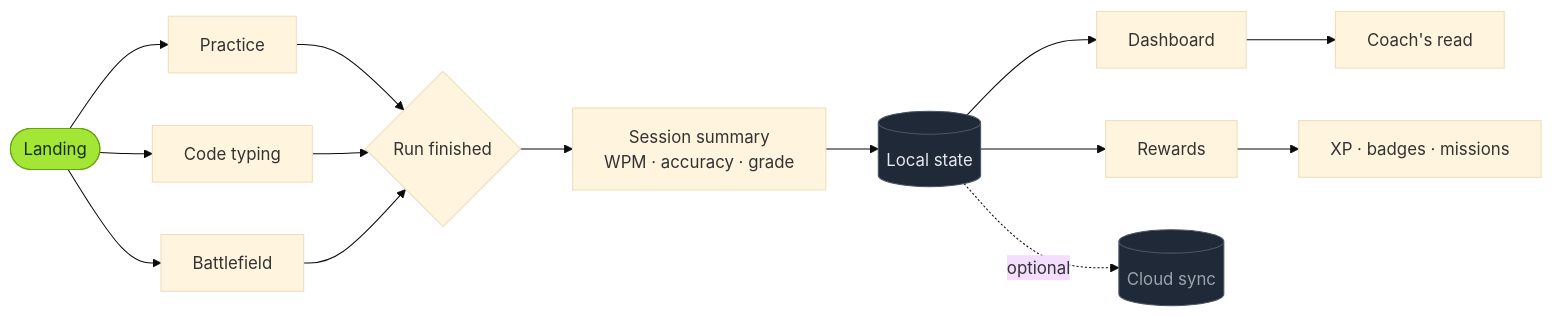
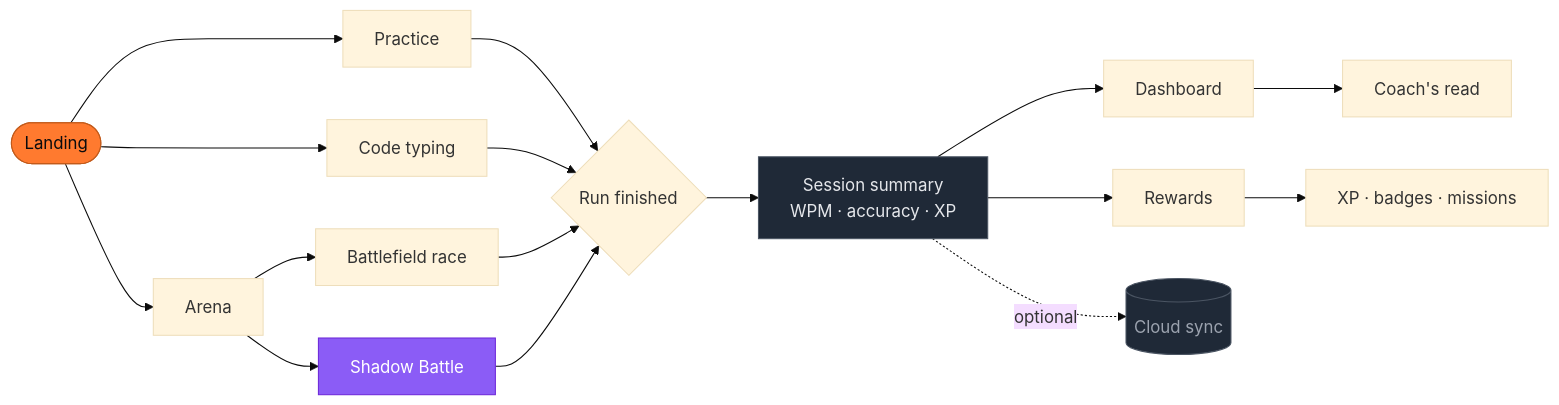
One commit to n4m4n-xd-69/TypeForge changed the first of 2 diagrams in README.md. Above: the diagram before and after it, drawn with Mermaid (base theme). The commit also changed other lines of this file and 20 other files, not shown here.

````diff
--- a/README.md
+++ b/README.md
@@ -173,23 +206,25 @@
 ```mermaid
 flowchart LR
     A([Landing]) --> B[Practice]
     A --> C[Code typing]
-    A --> D[Battlefield]
+    A --> D[Arena]
 
     B --> E{Run finished}
     C --> E
-    D --> E
-    E --> F[Session summary<br/>WPM · accuracy · grade]
-    F --> G[(Local state)]
+    D --> F1[Battlefield race]
+    D --> F2[Shadow Battle]
+    F1 --> E
+    F2 --> E
+    E --> G[Session summary<br/>WPM · accuracy · XP]
 
     G --> I[Dashboard]
     G --> J[Rewards]
     I --> K[Coach's read]
     J --> L[XP · badges · missions]
-
     G -.optional.-> M[(Cloud sync)]
 
-    style A fill:#a3e635,stroke:#65a30d,color:#1a2e05
+    style A fill:#FF7A2F,stroke:#c25a1a,color:#0A0B0D
+    style F2 fill:#8B5CF6,stroke:#6d28d9,color:#ffffff
     style G fill:#1f2937,stroke:#4b5563,color:#e5e7eb
     style M fill:#1f2937,stroke:#4b5563,color:#9ca3af
 ```
````
